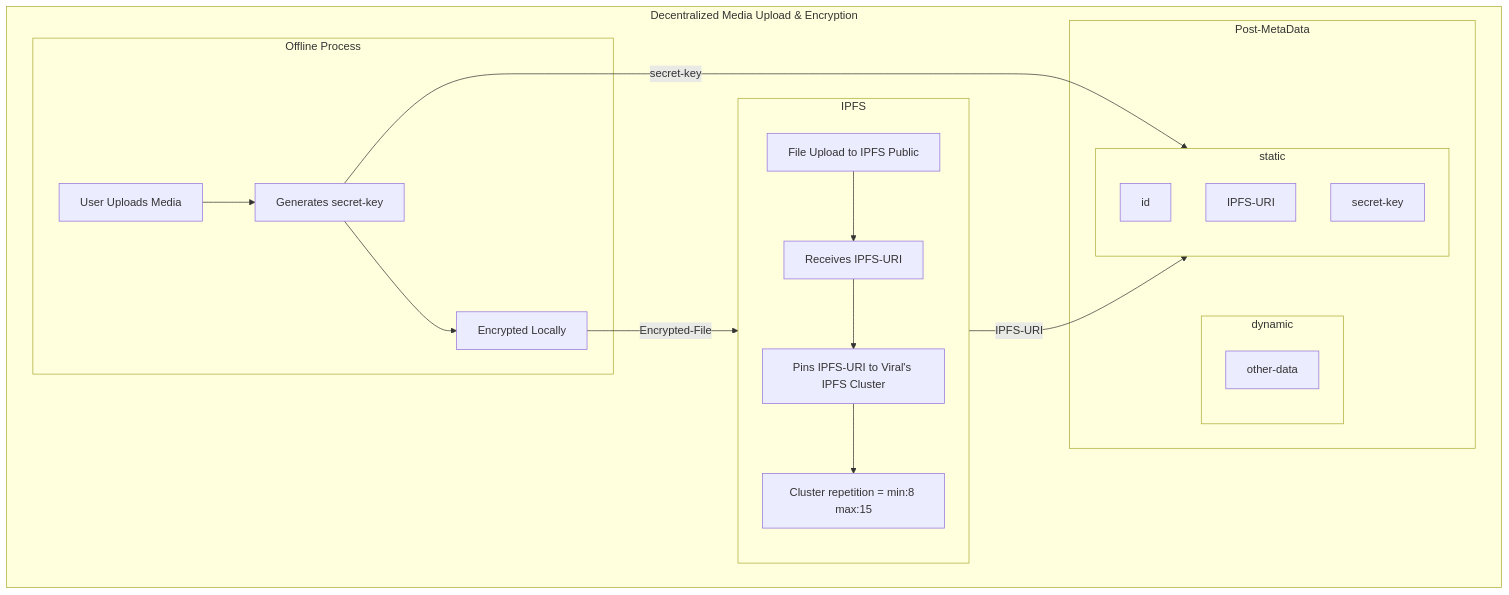
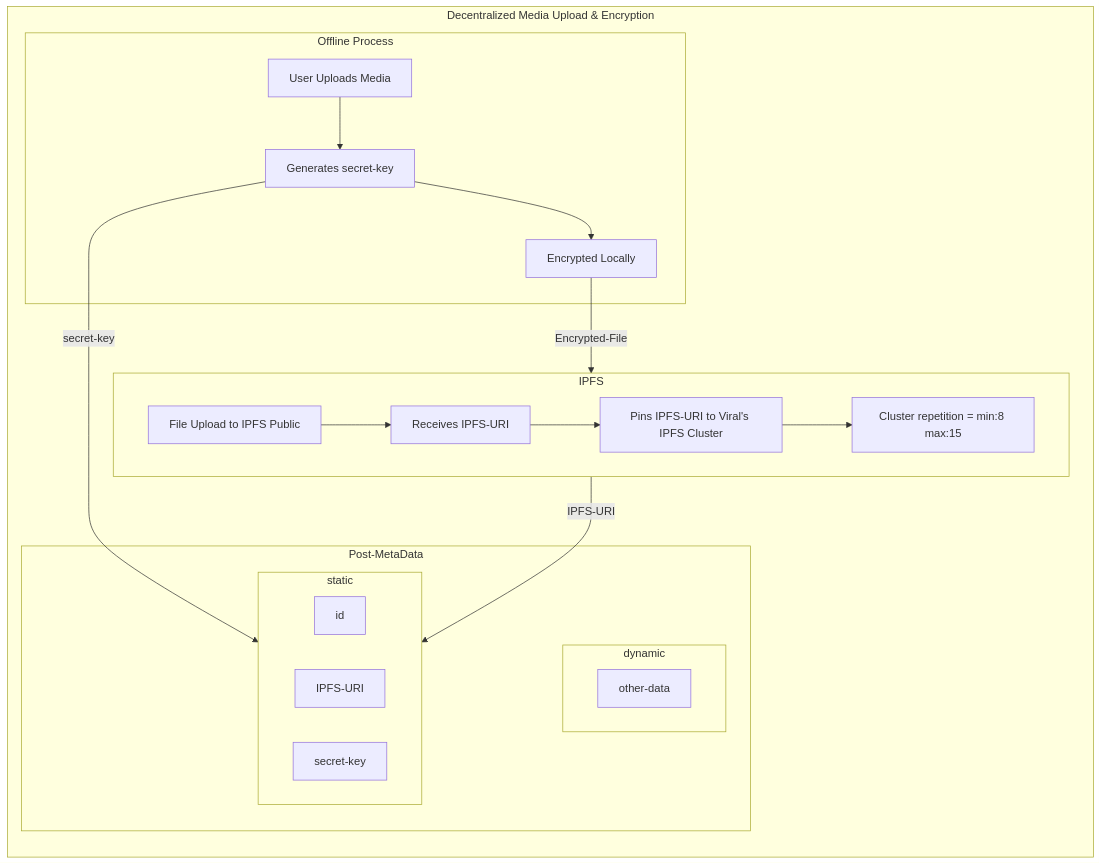
Before and after one commit to viralfoundation/Technical-Whitepaper-LaTeX: the third of 6 diagrams in README.md, drawn with Mermaid. The commit also changed other lines of this file, not shown here.

````diff
--- a/README.md
+++ b/README.md
@@ -419,28 +427,28 @@
 ```mermaid
 
-  flowchart TD
+  flowchart LR
   subgraph Decentralized Media Upload & Encryption
   subgraph Offline Process
   A[User Uploads Media]-->B[Generates secret-key]
   B-->C[Encrypted Locally]
   end
   subgraph Post-MetaData
   subgraph static
   id
   IPFS-URI
   secret-key
   end
   subgraph dynamic
   other-data
   end
   end
   subgraph IPFS
   D[File Upload to IPFS Public]-->G[Receives IPFS-URI]
   G-->E[Pins IPFS-URI to Viral's IPFS Cluster]
   E-->F[Cluster repetition = min:8 max:15]
   end
   B--secret-key-->static
   IPFS--IPFS-URI-->static
   C--Encrypted-File-->IPFS
   end
 ```
````
